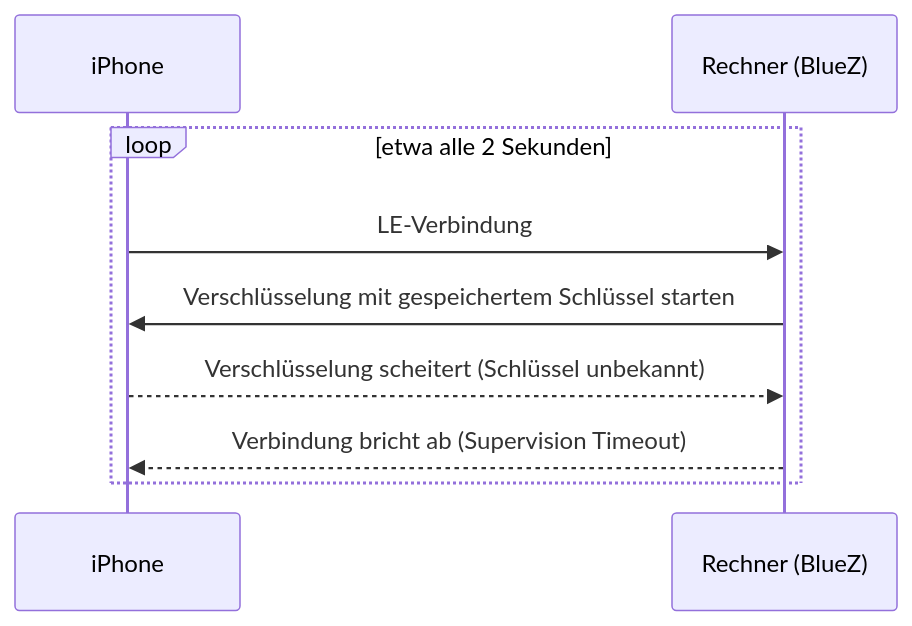
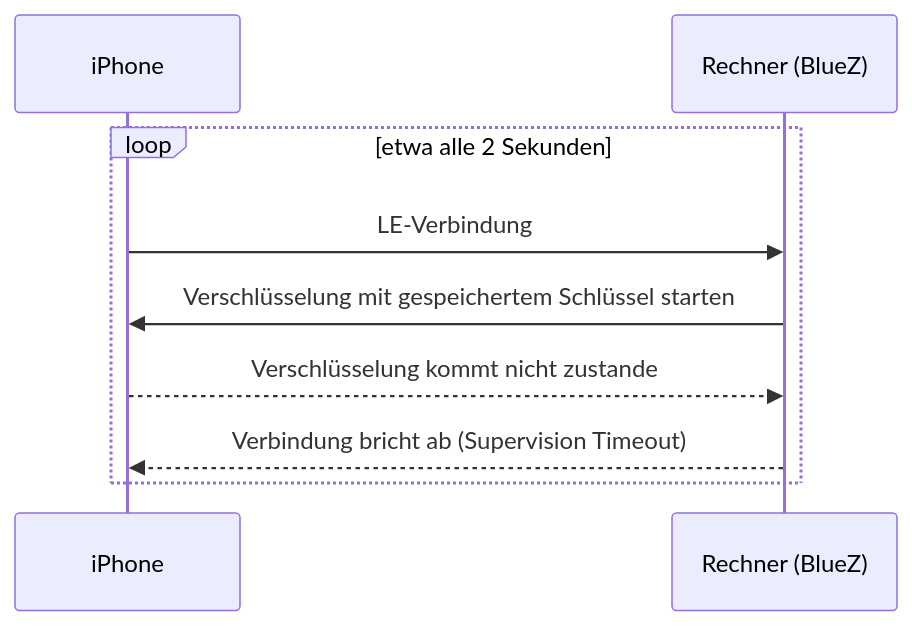
Before and after one commit to erikwb/blueferry: the diagram in docs/de/user/stale-le-bond.md, drawn with Mermaid. The commit also changed other lines of this file and 5 other files, not shown here.

````diff
--- a/docs/de/user/stale-le-bond.md
+++ b/docs/de/user/stale-le-bond.md
@@ -17,11 +17,11 @@
 ```mermaid
 sequenceDiagram
     participant iPhone
     participant PC as Rechner (BlueZ)
     loop etwa alle 2 Sekunden
         iPhone->>PC: LE-Verbindung
         PC->>iPhone: Verschlüsselung mit gespeichertem Schlüssel starten
-        iPhone-->>PC: Verschlüsselung scheitert (Schlüssel unbekannt)
+        iPhone-->>PC: Verschlüsselung kommt nicht zustande
         PC-->>iPhone: Verbindung bricht ab (Supervision Timeout)
     end
 ```
````
